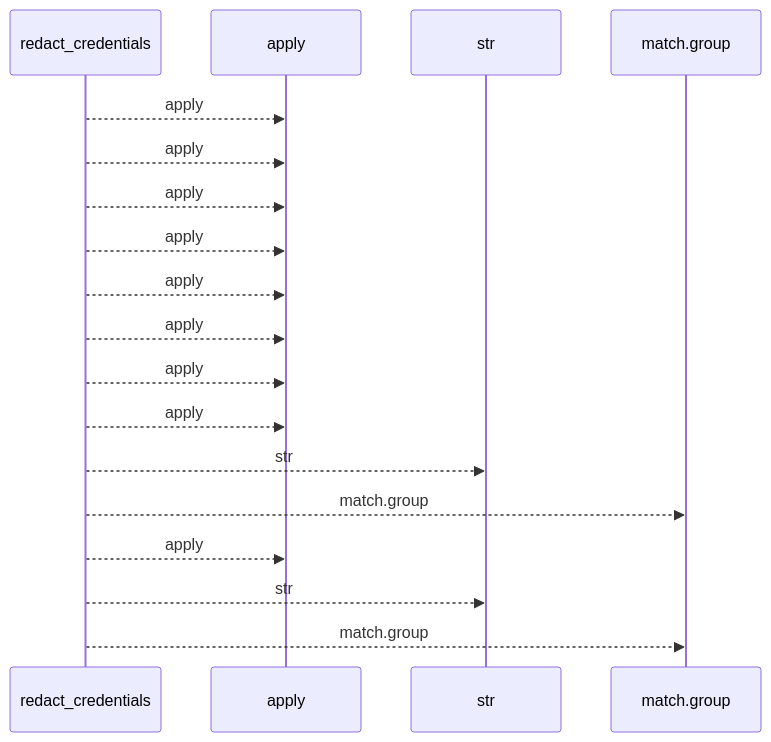
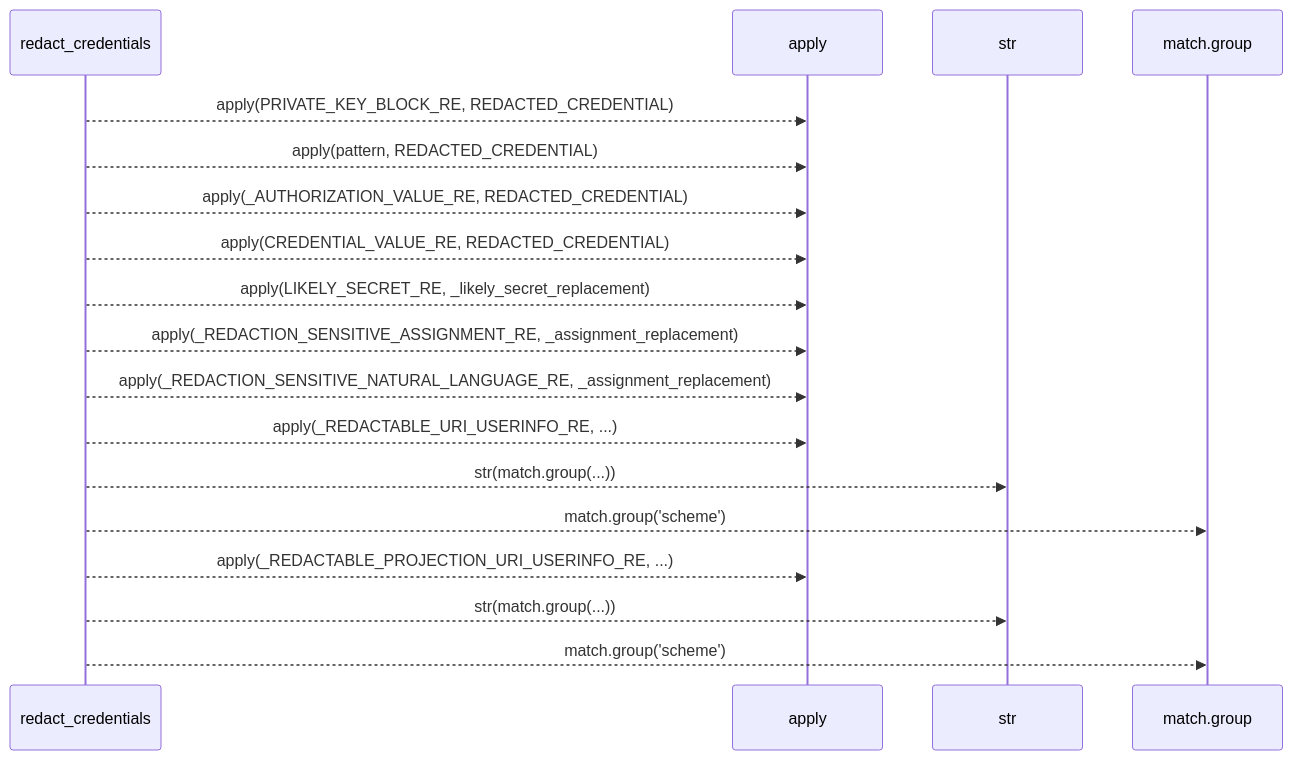
The first of 2 diagrams in docs/llm_wiki/flows/api-redact_credentials.md (Denissvgn/python-wiki-llm), drawn with Mermaid before and after one commit. The commit also changed other lines of this file and 1410 other files, not shown here.

````diff
--- a/docs/llm_wiki/flows/api-redact_credentials.md
+++ b/docs/llm_wiki/flows/api-redact_credentials.md
@@ -10,20 +12,20 @@
 ```mermaid
 sequenceDiagram
     participant p0 as redact_credentials
     participant p1 as apply
     participant p2 as str
     participant p3 as match.group
-    p0-->>p1: apply
-    p0-->>p1: apply
-    p0-->>p1: apply
-    p0-->>p1: apply
-    p0-->>p1: apply
-    p0-->>p1: apply
-    p0-->>p1: apply
-    p0-->>p1: apply
-    p0-->>p2: str
-    p0-->>p3: match.group
-    p0-->>p1: apply
-    p0-->>p2: str
-    p0-->>p3: match.group
+    p0-->>p1: apply(PRIVATE_KEY_BLOCK_RE, REDACTED_CREDENTIAL)
+    p0-->>p1: apply(pattern, REDACTED_CREDENTIAL)
+    p0-->>p1: apply(_AUTHORIZATION_VALUE_RE, REDACTED_CREDENTIAL)
+    p0-->>p1: apply(CREDENTIAL_VALUE_RE, REDACTED_CREDENTIAL)
+    p0-->>p1: apply(LIKELY_SECRET_RE, _likely_secret_replacement)
+    p0-->>p1: apply(_REDACTION_SENSITIVE_ASSIGNMENT_RE, _assignment_replacement)
+    p0-->>p1: apply(_REDACTION_SENSITIVE_NATURAL_LANGUAGE_RE, _assignment_replacement)
+    p0-->>p1: apply(_REDACTABLE_URI_USERINFO_RE, ...)
+    p0-->>p2: str(match.group(...))
+    p0-->>p3: match.group('scheme')
+    p0-->>p1: apply(_REDACTABLE_PROJECTION_URI_USERINFO_RE, ...)
+    p0-->>p2: str(match.group(...))
+    p0-->>p3: match.group('scheme')
 ```
````
